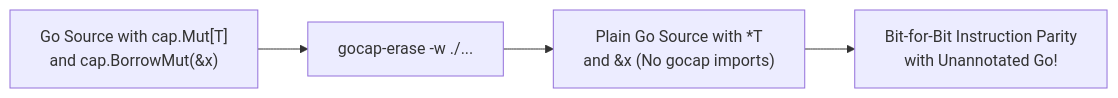
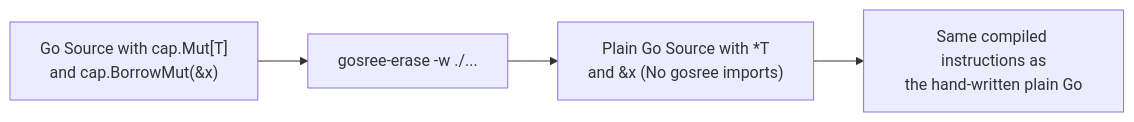
One commit to bharathvbcr/GoSree changed the second of 4 diagrams in docs/TOOLING_AND_ERASURE.md. Above: the diagram before and after it, drawn with Mermaid. The commit also changed other lines of this file and 13 other files, not shown here.

````diff
--- a/docs/TOOLING_AND_ERASURE.md
+++ b/docs/TOOLING_AND_ERASURE.md
@@ -133,10 +149,10 @@
 ```mermaid
 flowchart LR
     Annotated["Go Source with cap.Mut[T]\nand cap.BorrowMut(&x)"]
-    
-    Annotated --> Eraser["gocap-erase -w ./..."]
-    
-    Eraser --> Standard["Plain Go Source with *T\nand &x (No gocap imports)"]
-    
-    Standard --> Parity["Bit-for-Bit Instruction Parity\nwith Unannotated Go!"]
+
+    Annotated --> Eraser["gosree-erase -w ./..."]
+
+    Eraser --> Standard["Plain Go Source with *T\nand &x (No gosree imports)"]
+
+    Standard --> Parity["Same compiled instructions as\nthe hand-written plain Go"]
 ```
````
